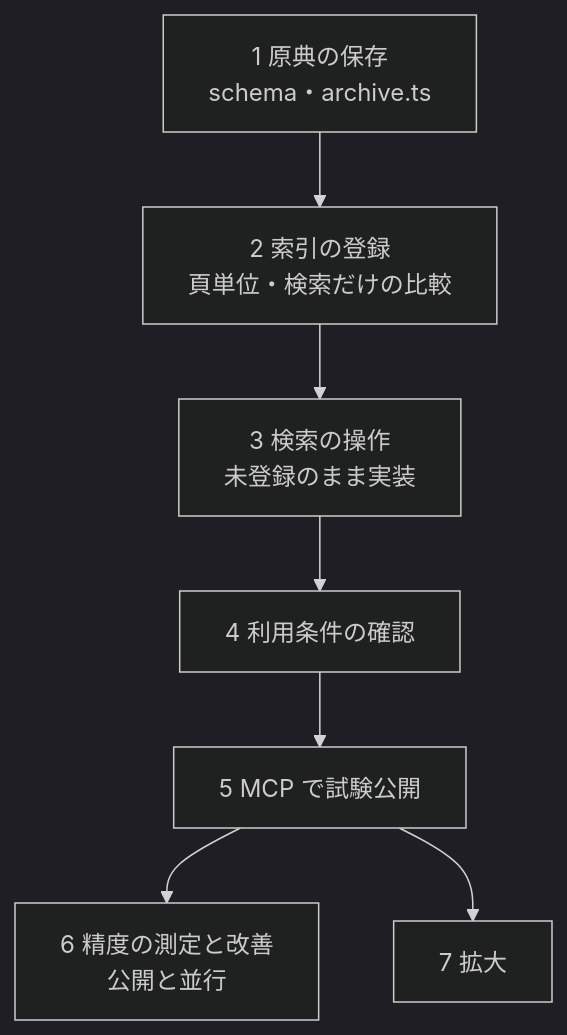
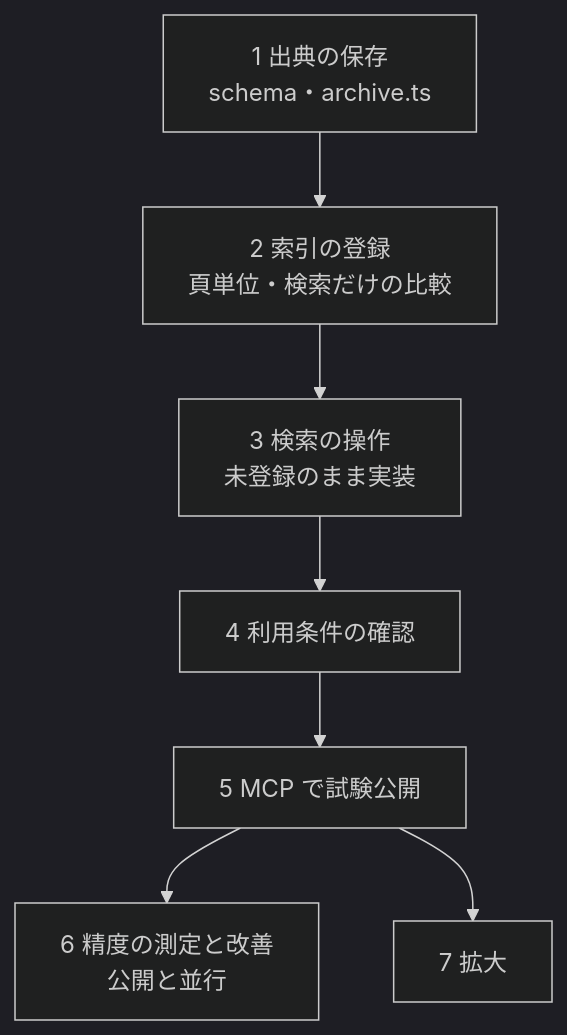
One commit to fudoki-hensansitu/fudoki changed the second of 2 diagrams in docs/prd/evaluation-search/dd.md. Above: the diagram before and after it, drawn with Mermaid (dark theme). The commit also changed other lines of this file and 203 other files, not shown here.

````diff
--- a/docs/prd/evaluation-search/dd.md
+++ b/docs/prd/evaluation-search/dd.md
@@ -352,9 +352,9 @@
 ```mermaid
 flowchart TD
-  s1["1 原典の保存<br/>schema・archive.ts"] --> s2["2 索引の登録<br/>頁単位・検索だけの比較"]
+  s1["1 出典の保存<br/>schema・archive.ts"] --> s2["2 索引の登録<br/>頁単位・検索だけの比較"]
   s2 --> s3["3 検索の操作<br/>未登録のまま実装"]
   s3 --> s4["4 利用条件の確認"]
   s4 --> s5["5 MCP で試験公開"]
   s5 --> s6["6 精度の測定と改善<br/>公開と並行"]
   s5 --> s7["7 拡大"]
 ```
````
